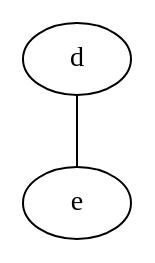
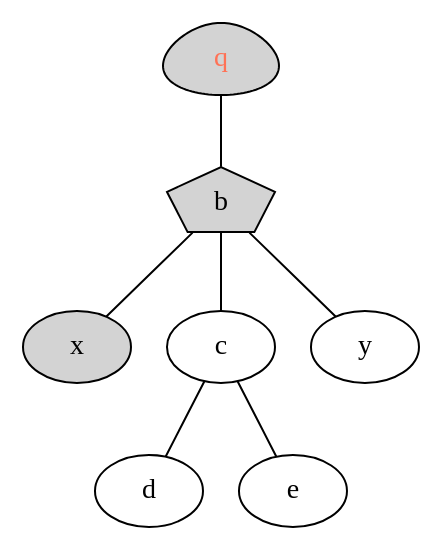
One commit to vmsreeram/algo-visualiser changed the diagram in pythons/file.dot. Above: the diagram before and after it, drawn with Graphviz. The commit also changed 2 other files, not shown here.

```diff
--- a/pythons/file.dot
+++ b/pythons/file.dot
@@ -1,13 +1,32 @@
 /*
 digraph my_graph {
     {
         node [margin=0 fontcolor=blue fontsize=32 width=0.5 shape=circle style=filled]
     }
    a -> {b c};
    x -> {c y};
    {b y} -> z;
    p -- q;
 } */
 graph my {
-    d -- e;
+    a -- b;
+    b -- x;
+    b -- c;
+    a [fontcolor=coral1 style = filled shape=egg label="q"]
+    b [style = filled shape=pentagon]
+    c -- {d e}
+    b -- y;
+    x [style=filled]
+    
 }
+/*digraph g {
+    a -- b;
+    b -- x;
+    b -- c;
+    a [fontcolor=forestgreen style = filled shape=egg label="q"]
+    b [style = filled shape=pentagon]
+    c -- {d e}
+    b -- y;
+    x [style=filled]
+    e [shape=diamond]
+}*/
```
